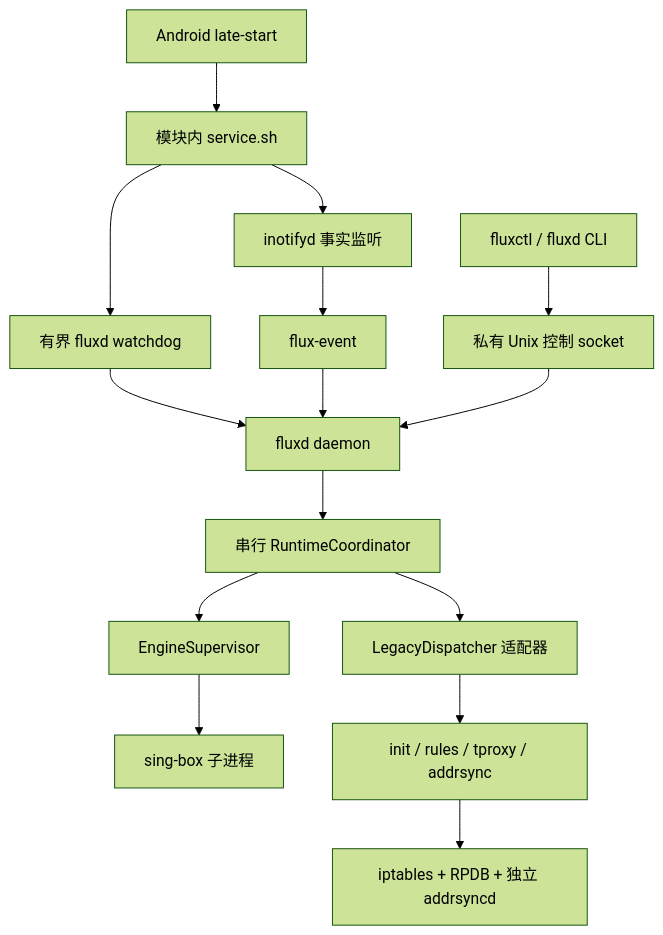
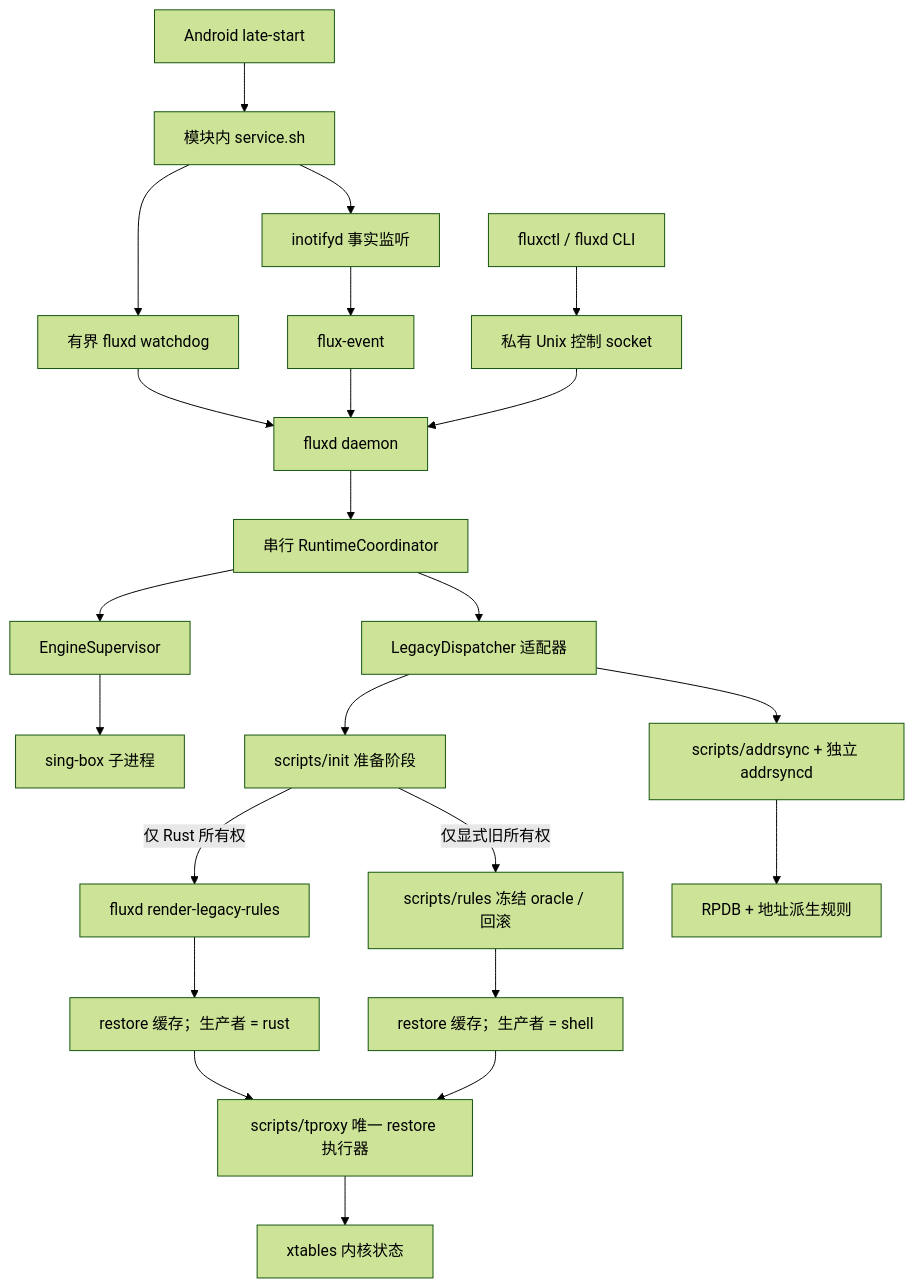
One commit to Chth1z/Flux changed the diagram in README_zh.md. Above: the diagram before and after it, drawn with Mermaid (forest theme). The commit also changed other lines of this file and 8 other files, not shown here.

Commit message:
docs: record Rust xtables generation bridge

````diff
--- a/README_zh.md
+++ b/README_zh.md
@@ -59,17 +64,25 @@
 ```mermaid
 flowchart TD
     Boot["Android late-start"] --> Service["模块内 service.sh"]
     Service --> Watchdog["有界 fluxd watchdog"]
     Watchdog --> Fluxd["fluxd daemon"]
     Service --> Inotify["inotifyd 事实监听"]
     Inotify --> Event["flux-event"]
     Event --> Fluxd
     CLI["fluxctl / fluxd CLI"] --> Socket["私有 Unix 控制 socket"]
     Socket --> Fluxd
     Fluxd --> Coordinator["串行 RuntimeCoordinator"]
     Coordinator --> Engine["EngineSupervisor"]
     Engine --> SingBox["sing-box 子进程"]
     Coordinator --> Bridge["LegacyDispatcher 适配器"]
-    Bridge --> Rules["init / rules / tproxy / addrsync"]
-    Rules --> Kernel["iptables + RPDB + 独立 addrsyncd"]
+    Bridge --> Init["scripts/init 准备阶段"]
+    Init -->|"仅 Rust 所有权"| Renderer["fluxd render-legacy-rules"]
+    Init -->|"仅显式旧所有权"| Oracle["scripts/rules 冻结 oracle / 回滚"]
+    Renderer --> Cache["restore 缓存；生产者 = rust"]
+    Oracle --> CacheLegacy["restore 缓存；生产者 = shell"]
+    Cache --> Tproxy["scripts/tproxy 唯一 restore 执行器"]
+    CacheLegacy --> Tproxy
+    Tproxy --> Kernel["xtables 内核状态"]
+    Bridge --> AddrSync["scripts/addrsync + 独立 addrsyncd"]
+    AddrSync --> KernelPolicy["RPDB + 地址派生规则"]
 ```
````
